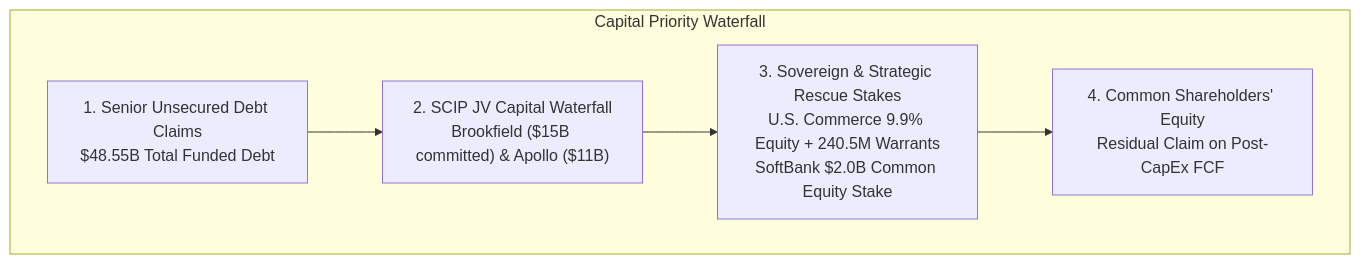
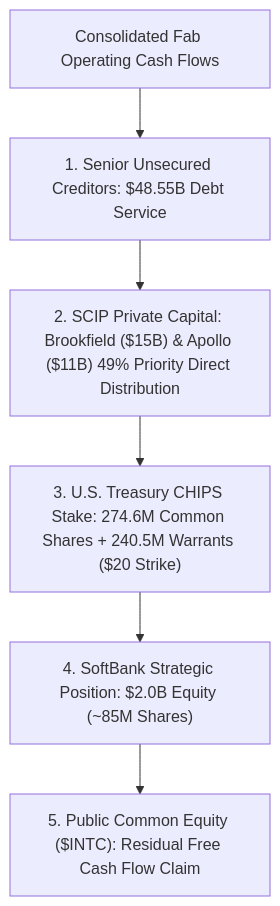
One commit to Unheat/memeTrading changed the second of 3 diagrams in web/src/content/articles/intc-intc-2026-09-28-001.md. Above: the diagram before and after it, drawn with Mermaid. The commit also changed other lines of this file and 6 other files, not shown here.

````diff
--- a/web/src/content/articles/intc-intc-2026-09-28-001.md
+++ b/web/src/content/articles/intc-intc-2026-09-28-001.md
@@ -173,12 +191,8 @@
 ```mermaid
 flowchart TD
-subgraph Capital_Priority_Waterfall["Capital Priority Waterfall"]
-P1["1. Senior Unsecured Debt Claims<br/>$48.55B Total Funded Debt"]
-P2["2. SCIP JV Capital Waterfall<br/>Brookfield ($15B committed) & Apollo ($11B)"]
-P3["3. Sovereign & Strategic Rescue Stakes<br/>U.S. Commerce 9.9% Equity + 240.5M Warrants<br/>SoftBank $2.0B Common Equity Stake"]
-P4["4. Common Shareholders' Equity<br/>Residual Claim on Post-CapEx FCF"]
-P1 --> P2
-P2 --> P3
-P3 --> P4
-end
+    CashFlow["Consolidated Fab Operating Cash Flows"] --> Tier1["1. Senior Unsecured Creditors: $48.55B Debt Service"]
+    Tier1 --> Tier2["2. SCIP Private Capital: Brookfield ($15B) & Apollo ($11B) 49% Priority Direct Distribution"]
+    Tier2 --> Tier3["3. U.S. Treasury CHIPS Stake: 274.6M Common Shares + 240.5M Warrants ($20 Strike)"]
+    Tier3 --> Tier4["4. SoftBank Strategic Position: $2.0B Equity (~85M Shares)"]
+    Tier4 --> Tier5["5. Public Common Equity ($INTC): Residual Free Cash Flow Claim"]
 ```
````
